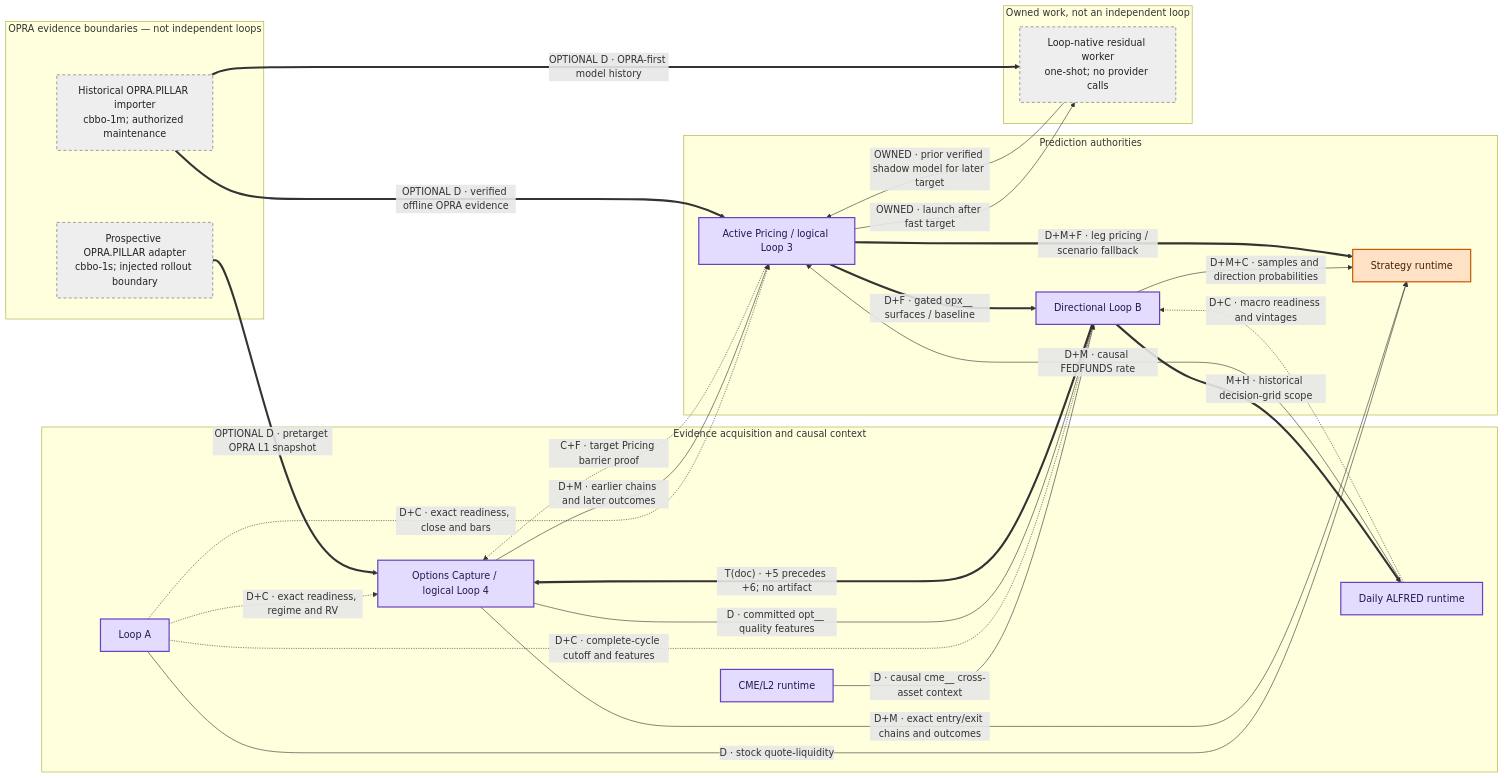
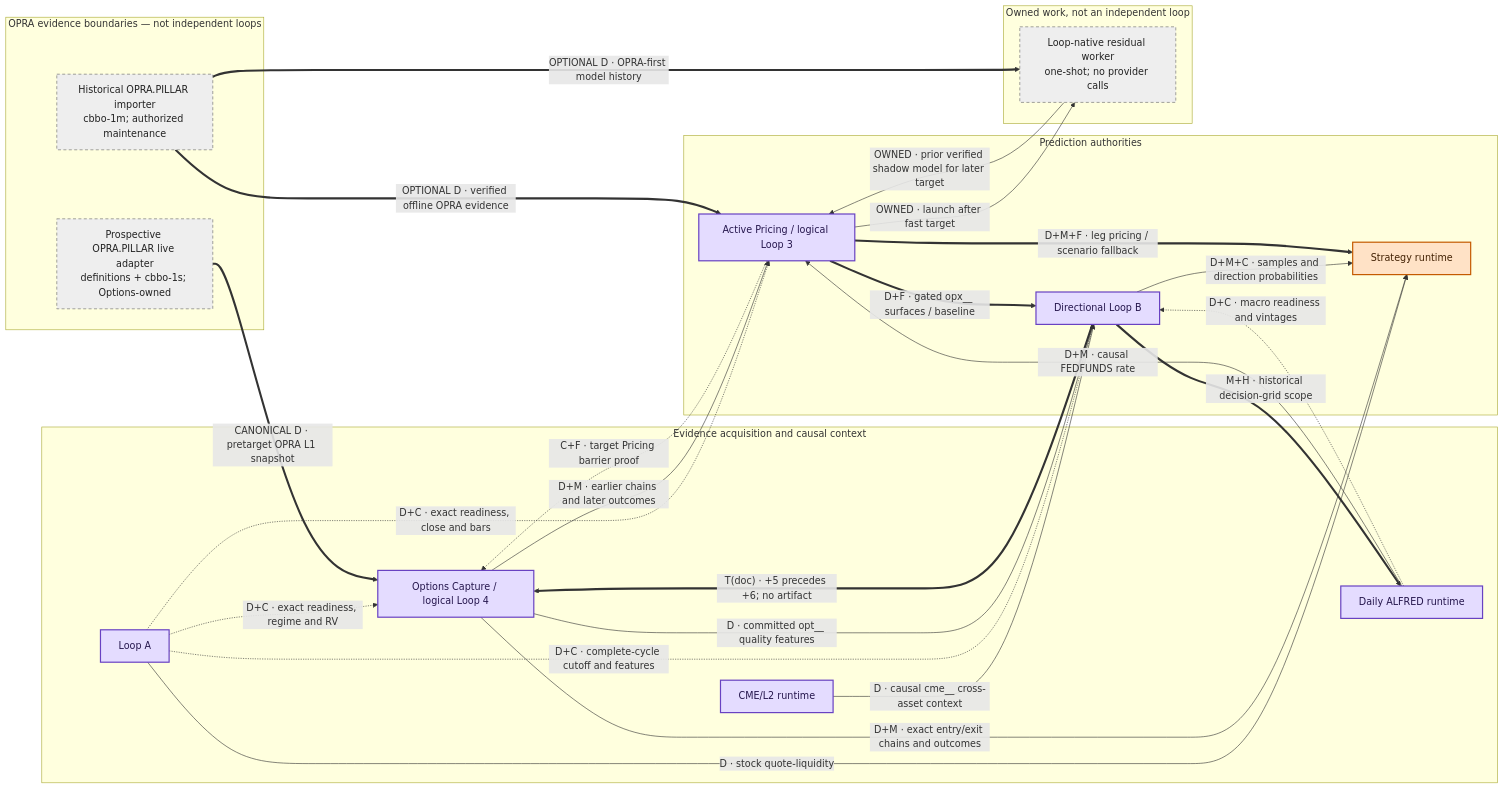
The first of 2 diagrams in docs/loops-system-analysis/LOOP_MAP.md (jeremysecondstate/ducketz), drawn with Mermaid before and after one commit. The commit also changed other lines of this file and 33 other files, not shown here.

First line of the commit message:
Add `DatabentoOpraLiveAdapter` implementation for OPRA live option data integration:

````diff
--- a/docs/loops-system-analysis/LOOP_MAP.md
+++ b/docs/loops-system-analysis/LOOP_MAP.md
@@ -5,54 +5,54 @@
 ```mermaid
 flowchart LR
     subgraph BOUNDARIES[OPRA evidence boundaries — not independent loops]
-        OPRAL["Prospective OPRA.PILLAR adapter<br/>cbbo-1s; injected rollout boundary"]
+        OPRAL["Prospective OPRA.PILLAR live adapter<br/>definitions + cbbo-1s; Options-owned"]
         OPRAH["Historical OPRA.PILLAR importer<br/>cbbo-1m; authorized maintenance"]
     end
 
     subgraph EVIDENCE[Evidence acquisition and causal context]
         CME["CME/L2 runtime"]
         A["Loop A"]
         FRED["Daily ALFRED runtime"]
         OPT["Options Capture / logical Loop 4"]
     end
 
     subgraph PREDICTION[Prediction authorities]
         PR["Active Pricing / logical Loop 3"]
         B["Directional Loop B"]
         STR["Strategy runtime"]
     end
 
     subgraph OWNED[Owned work, not an independent loop]
         W["Loop-native residual worker<br/>one-shot; no provider calls"]
     end
 
     CME -->|"D · causal cme__ cross-asset context"| B
     A -.->|"D+C · exact readiness, close and bars"| PR
     A -.->|"D+C · exact readiness, regime and RV"| OPT
     A -.->|"D+C · complete-cycle cutoff and features"| B
     A -->|"D · stock quote-liquidity"| STR
     FRED -->|"D+M · causal FEDFUNDS rate"| PR
     FRED -.->|"D+C · macro readiness and vintages"| B
     B ==>|"M+H · historical decision-grid scope"| FRED
     PR -.->|"C+F · target Pricing barrier proof"| OPT
     OPT -->|"D+M · earlier chains and later outcomes"| PR
     PR ==>|"D+F · gated opx__ surfaces / baseline"| B
     OPT -->|"D · committed opt__ quality features"| B
     B -->|"D+M+C · samples and direction probabilities"| STR
     OPT -->|"D+M · exact entry/exit chains and outcomes"| STR
     PR ==>|"D+M+F · leg pricing / scenario fallback"| STR
     B ==>|"T(doc) · +5 precedes +6; no artifact"| OPT
     PR -->|"OWNED · launch after fast target"| W
     W -->|"OWNED · prior verified shadow model for later target"| PR
-    OPRAL ==>|"OPTIONAL D · pretarget OPRA L1 snapshot"| OPT
+    OPRAL ==>|"CANONICAL D · pretarget OPRA L1 snapshot"| OPT
     OPRAH ==>|"OPTIONAL D · verified offline OPRA evidence"| PR
     OPRAH ==>|"OPTIONAL D · OPRA-first model history"| W
 
     classDef horizon fill:#d8ecff,stroke:#1565c0,color:#102a43,stroke-width:2px;
     classDef options fill:#ffe2c6,stroke:#c45a00,color:#432204,stroke-width:2px;
     classDef both fill:#e4dcff,stroke:#6842c2,color:#25164d,stroke-width:2px;
     classDef support fill:#eeeeee,stroke:#666666,color:#222222,stroke-dasharray:5 4;
     class CME,A,FRED,OPT,PR,B both;
     class STR options;
     class W,OPRAL,OPRAH support;
 ```
````
